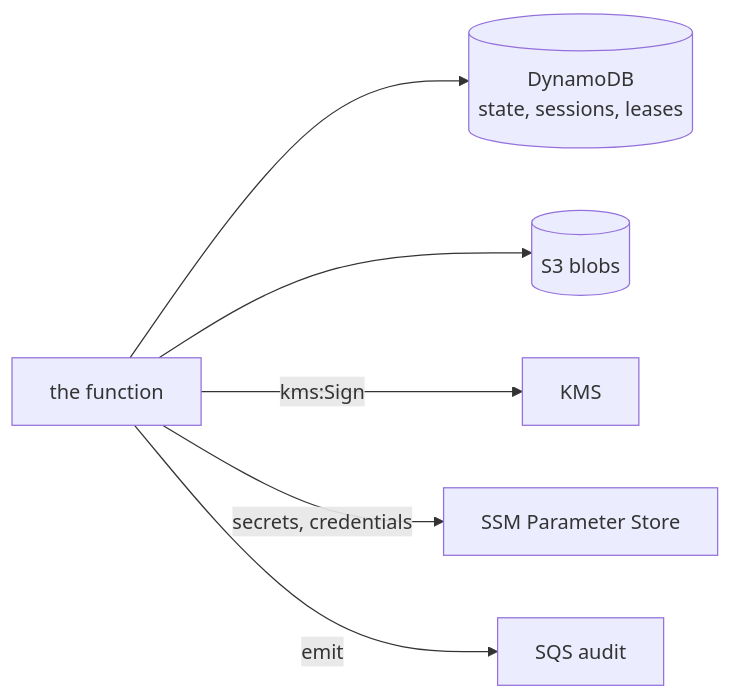
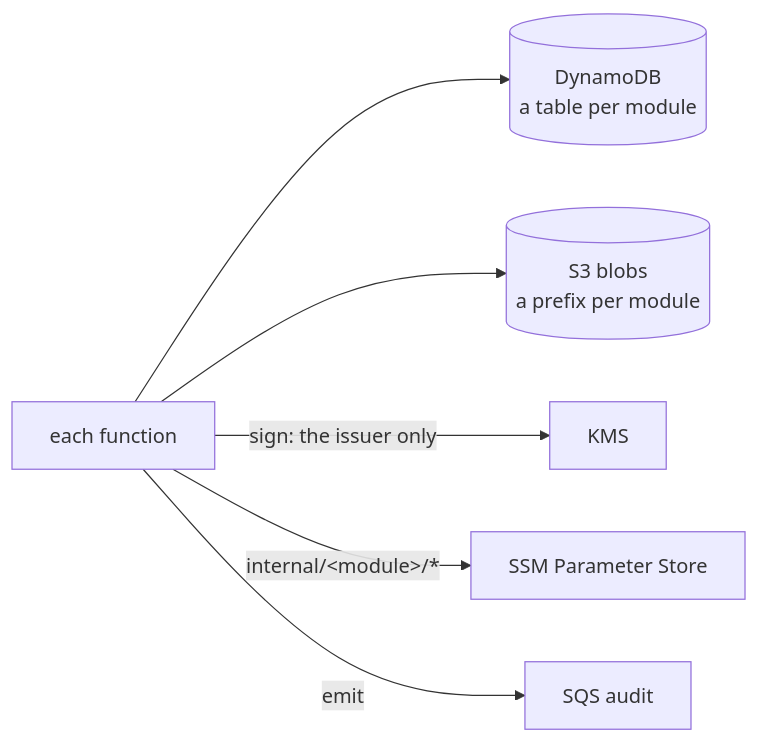
One commit to truvity/sluis changed the second of 2 diagrams in docs/concepts/sluis/lambda.md. Above: the diagram before and after it, drawn with Mermaid. The commit also changed other lines of this file and 22 other files, not shown here.

````diff
--- a/docs/concepts/sluis/lambda.md
+++ b/docs/concepts/sluis/lambda.md
@@ -18,9 +20,9 @@
 ```mermaid
 flowchart LR
-  F["the function"]
-  F --> D[("DynamoDB<br/>state, sessions, leases")]
-  F --> B[("S3 blobs")]
-  F -->|"kms:Sign"| K["KMS"]
-  F -->|"secrets, credentials"| P["SSM Parameter Store"]
+  F["each function"]
+  F --> D[("DynamoDB<br/>a table per module")]
+  F --> B[("S3 blobs<br/>a prefix per module")]
+  F -->|"sign: the issuer only"| K["KMS"]
+  F -->|"internal/&lt;module&gt;/*"| P["SSM Parameter Store"]
   F -->|"emit"| Q["SQS audit"]
 ```
````
